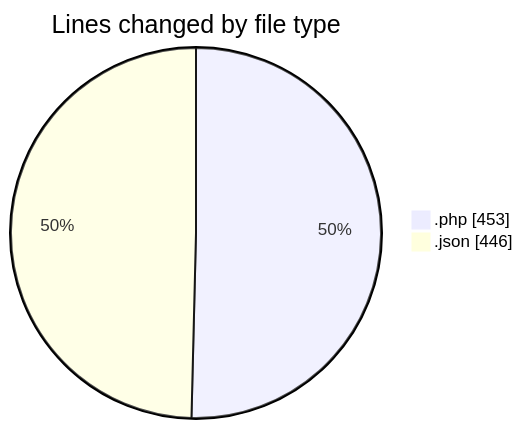
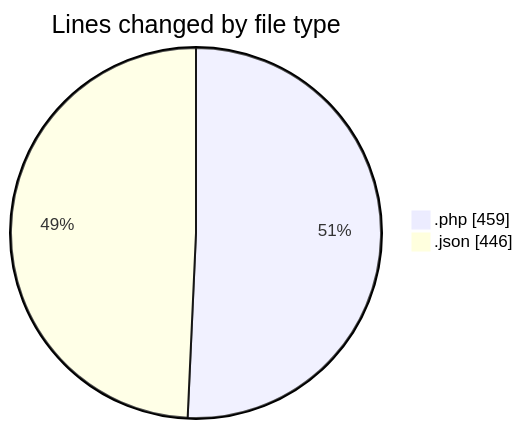
The first of 2 diagrams in 2025-03-27/autodidak/README.md (idhammustaqopulfikri/code-tracking), drawn with Mermaid before and after one commit. The commit also changed other lines of this file and 1 other file, not shown here.

````diff
--- a/2025-03-27/autodidak/README.md
+++ b/2025-03-27/autodidak/README.md
@@ -27,6 +27,6 @@
 ```mermaid
 pie showData
 title Lines changed by file type
-".php" : 453
+".php" : 459
 ".json" : 446
 ```
````
